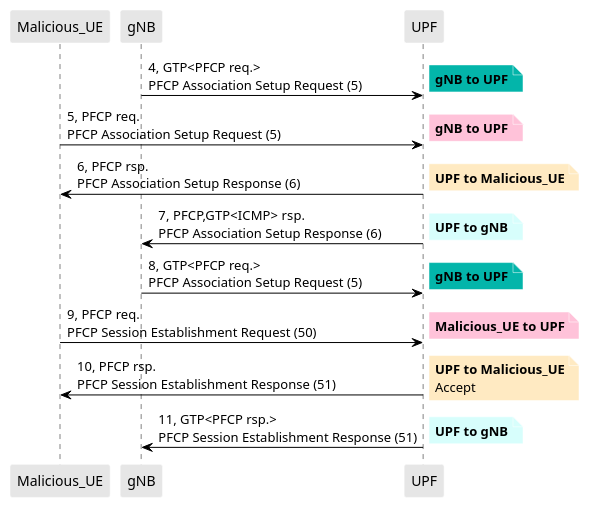
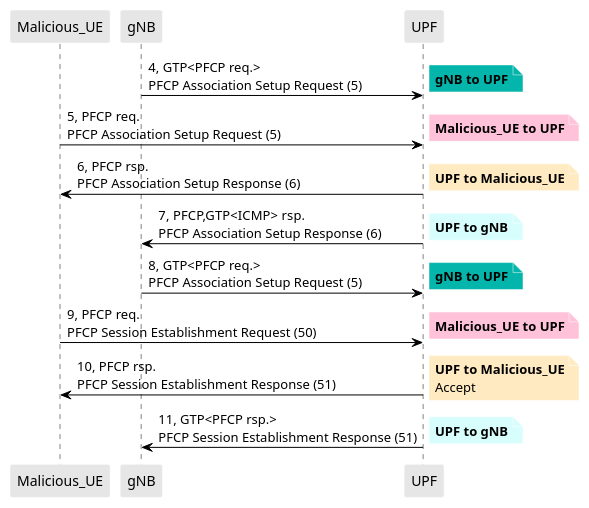
The diagram in PCAPS/Core/pfcp_session_establish_OS.puml (lilyhuegerich/5G), drawn with PlantUML before and after one commit. The commit also changed 1 other file, not shown here.

```diff
--- a/PCAPS/Core/pfcp_session_establish_OS.puml
+++ b/PCAPS/Core/pfcp_session_establish_OS.puml
@@ -1,65 +1,65 @@
 @startuml
 skinparam shadowing false
 skinparam NoteBorderColor white
 skinparam sequence {
     ArrowColor black
     LifeLineBorderColor black
     LifeLineBackgroundColor black
     ParticipantBorderColor white
     ParticipantBackgroundColor #e6e6e6
 }
 participant "Malicious_UE"
 participant "gNB"
 participant "UPF"
 
 
 "gNB" -> "UPF": 4, GTP<PFCP req.>\nPFCP Association Setup Request (5)
 
 note right #03B5AA
 **gNB to UPF**
 end note
 
 
 "Malicious_UE" -> "UPF": 5, PFCP req.\nPFCP Association Setup Request (5)
 
 note right #FFC2D9
-**gNB to UPF**
+**Malicious_UE to UPF**
 end note
 
 "UPF" -> "Malicious_UE": 6, PFCP rsp.\nPFCP Association Setup Response (6)
 
 note right #FFEAC2
 **UPF to Malicious_UE**
 end note
 
 "UPF" -> "gNB": 7, PFCP,GTP<ICMP> rsp.\nPFCP Association Setup Response (6)
 
 note right #D7FEFC
 **UPF to gNB**
 end note
 
 "gNB" -> "UPF": 8, GTP<PFCP req.>\nPFCP Association Setup Request (5)
 
 note right #03B5AA
 **gNB to UPF**
 end note
 
 "Malicious_UE" -> "UPF": 9, PFCP req.\nPFCP Session Establishment Request (50)
 
 note right #FFC2D9
 **Malicious_UE to UPF**
 end note
 
 "UPF" -> "Malicious_UE": 10, PFCP rsp.\nPFCP Session Establishment Response (51)
 
 note right #FFEAC2
 **UPF to Malicious_UE**
 Accept
 end note
 
 "UPF" -> "gNB": 11, GTP<PFCP rsp.>\nPFCP Session Establishment Response (51)
 
 note right #D7FEFC
 **UPF to gNB**
 end note
 @enduml
```
